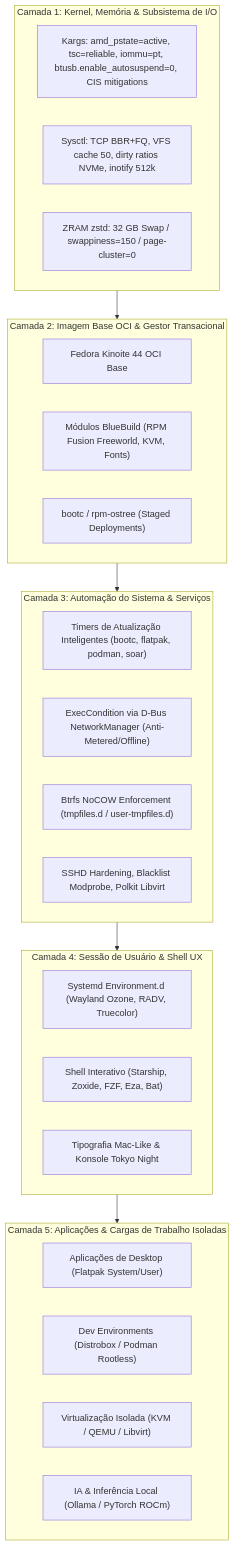
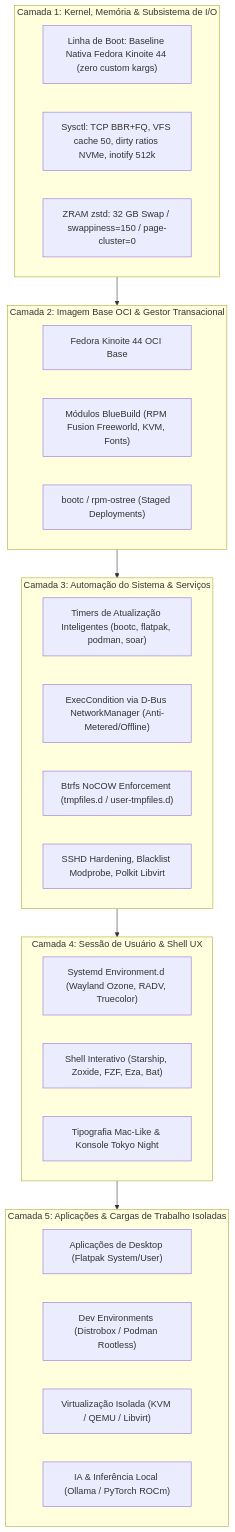
Before and after one commit to jbdsjunior/kinoite-bluebuild: the second of 2 diagrams in docs/TECHNICAL_ARCHITECTURE.md, drawn with Mermaid. The commit also changed other lines of this file and 4 other files, not shown here.

````diff
--- a/docs/TECHNICAL_ARCHITECTURE.md
+++ b/docs/TECHNICAL_ARCHITECTURE.md
@@ -133,39 +132,39 @@
 ```mermaid
 graph TD
     subgraph L5["Camada 5: Aplicações & Cargas de Trabalho Isoladas"]
         APP_FLATPAK["Aplicações de Desktop (Flatpak System/User)"]
         APP_DEV["Dev Environments (Distrobox / Podman Rootless)"]
         APP_VIRT["Virtualização Isolada (KVM / QEMU / Libvirt)"]
         APP_AI["IA & Inferência Local (Ollama / PyTorch ROCm)"]
     end
 
     subgraph L4["Camada 4: Sessão de Usuário & Shell UX"]
         ENV_SESSION["Systemd Environment.d (Wayland Ozone, RADV, Truecolor)"]
         SHELL_UX["Shell Interativo (Starship, Zoxide, FZF, Eza, Bat)"]
         UI_THEME["Tipografia Mac-Like & Konsole Tokyo Night"]
     end
 
     subgraph L3["Camada 3: Automação do Sistema & Serviços"]
         TIMERS["Timers de Atualização Inteligentes (bootc, flatpak, podman, soar)"]
         NET_RESILIENCE["ExecCondition via D-Bus NetworkManager (Anti-Metered/Offline)"]
         TMPFILES["Btrfs NoCOW Enforcement (tmpfiles.d / user-tmpfiles.d)"]
         SYS_HARDEN["SSHD Hardening, Blacklist Modprobe, Polkit Libvirt"]
     end
 
     subgraph L2["Camada 2: Imagem Base OCI & Gestor Transacional"]
         BASE_OS["Fedora Kinoite 44 OCI Base"]
         BLUEBUILD["Módulos BlueBuild (RPM Fusion Freeworld, KVM, Fonts)"]
         BOOTC_ENGINE["bootc / rpm-ostree (Staged Deployments)"]
     end
 
     subgraph L1["Camada 1: Kernel, Memória & Subsistema de I/O"]
-        K_ARGS["Kargs: amd_pstate=active, tsc=reliable, iommu=pt, btusb.enable_autosuspend=0, CIS mitigations"]
+        K_ARGS["Linha de Boot: Baseline Nativa Fedora Kinoite 44 (zero custom kargs)"]
         SYSCTL_TUNE["Sysctl: TCP BBR+FQ, VFS cache 50, dirty ratios NVMe, inotify 512k"]
         ZRAM_GEN["ZRAM zstd: 32 GB Swap / swappiness=150 / page-cluster=0"]
     end
 
     L1 --> L2
     L2 --> L3
     L3 --> L4
     L4 --> L5
 ```
````
